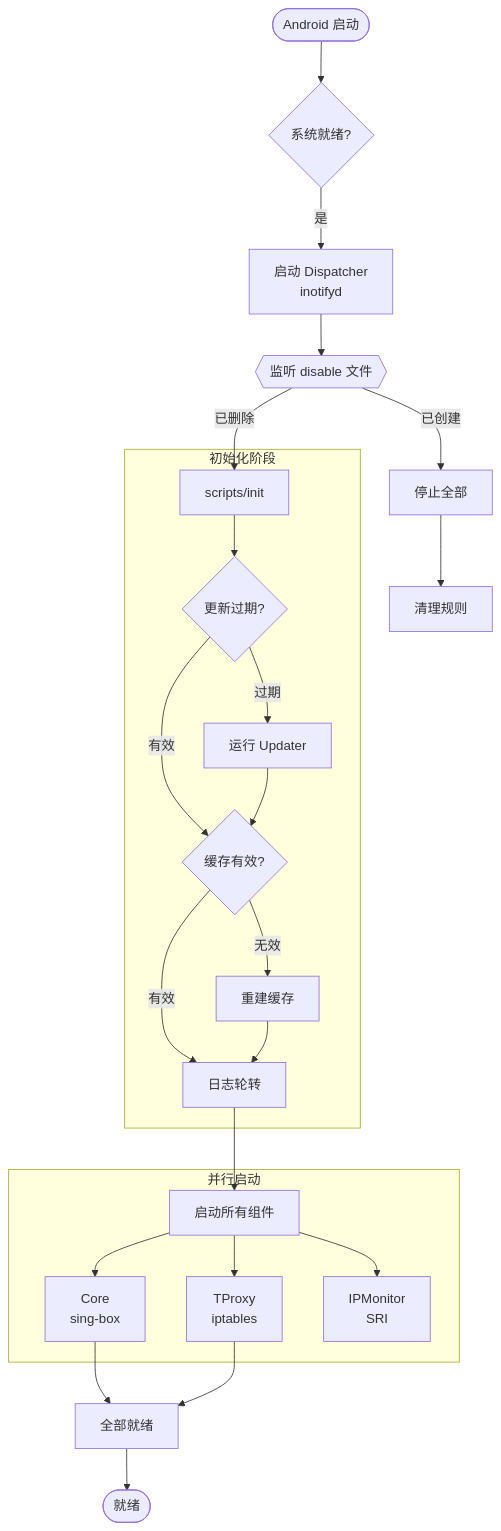
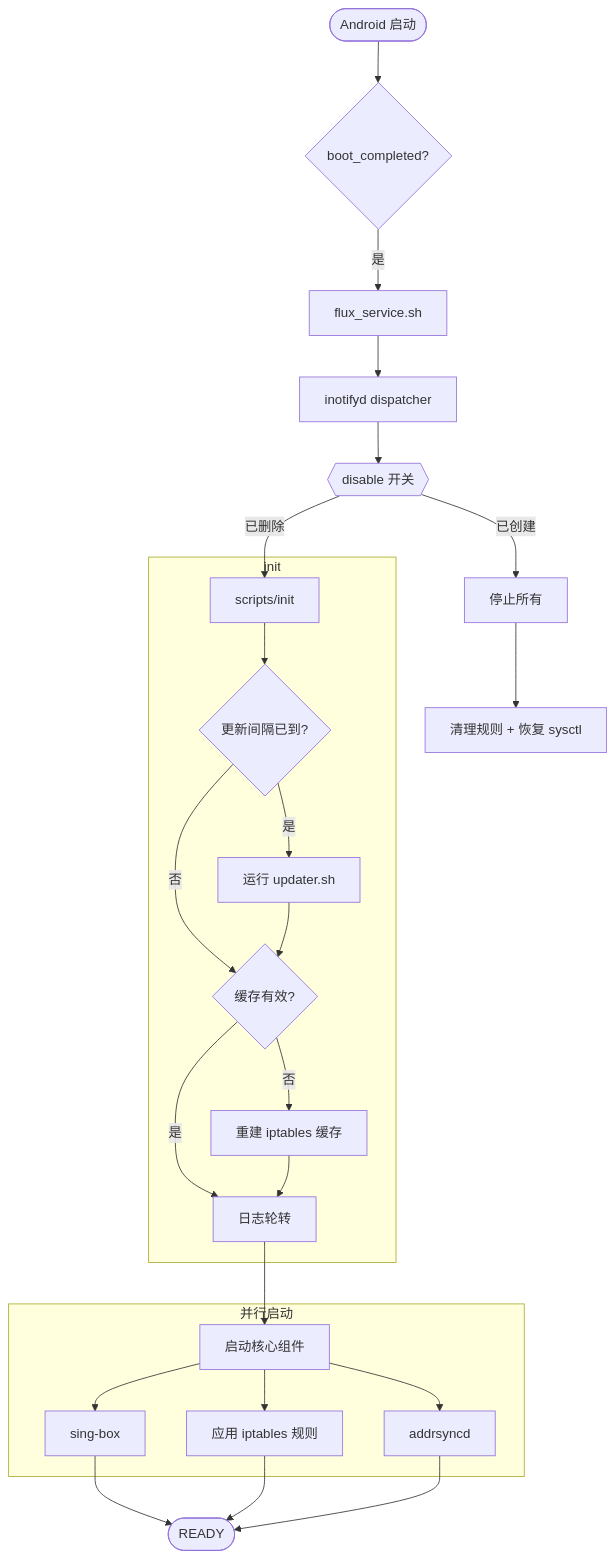
The first of 2 diagrams in README_zh.md (Shallowhave/Flux), drawn with Mermaid before and after one commit. The commit also changed other lines of this file and 1 other file, not shown here.

````diff
--- a/README_zh.md
+++ b/README_zh.md
@@ -63,33 +52,32 @@
 ```mermaid
 graph TD
-    Boot([Android 启动]) --> Wait{系统就绪?}
-    Wait -->|是| Dispatcher[启动 Dispatcher<br/>inotifyd]
+    Boot([Android 启动]) --> Wait{boot_completed?}
+    Wait -->|是| Service[flux_service.sh]
+    Service --> Inotify[inotifyd dispatcher]
 
-    Dispatcher --> Watch{{监听 disable 文件}}
+    Inotify --> Disable{{disable 开关}}
+    Disable -- 已删除 --> Init[scripts/init]
 
-    Watch -- "已删除" --> Init
-
-    subgraph InitPhase ["初始化阶段"]
-        Init[scripts/init] --> Check1{更新过期?}
-        Check1 -->|过期| Update[运行 Updater]
-        Check1 -->|有效| Check2
-        Update --> Check2{缓存有效?}
-        Check2 -->|无效| Rebuild[重建缓存]
-        Check2 -->|有效| LogRot[日志轮转]
-        Rebuild --> LogRot
+    subgraph InitPhase ["init"]
+        Init --> Updater{更新间隔已到?}
+        Updater -->|是| Run[运行 updater.sh]
+        Updater -->|否| Cache
+        Run --> Cache{缓存有效?}
+        Cache -->|否| Rebuild[重建 iptables 缓存]
+        Cache -->|是| Rotate[日志轮转]
+        Rebuild --> Rotate
     end
 
-    LogRot --> Launch["启动所有组件"]
+    Rotate --> Launch[启动核心组件]
 
-    subgraph Components ["并行启动"]
-        Launch --> Core[Core<br/>sing-box]
-        Launch --> TProxy[TProxy<br/>iptables]
-        Launch --> Monitor[IPMonitor<br/>SRI]
+    subgraph Stack ["并行启动"]
+        Launch --> Core[sing-box]
+        Launch --> Tproxy[应用 iptables 规则]
+        Launch --> Addrsyncd[addrsyncd]
     end
 
-    Core & TProxy --> Ready
-    Ready[全部就绪] --> Final([就绪])
+    Core & Tproxy & Addrsyncd --> Ready([READY])
 
-    Watch -- "已创建" --> Stop[停止全部]
-    Stop --> Cleanup[清理规则]
+    Disable -- 已创建 --> Stop[停止所有]
+    Stop --> Cleanup[清理规则 + 恢复 sysctl]
 ```
````
